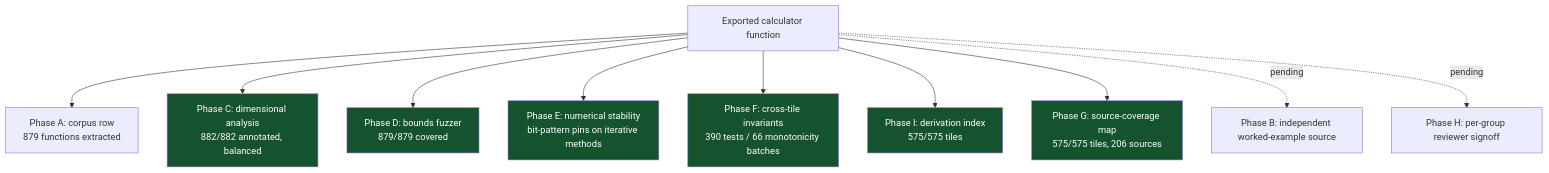
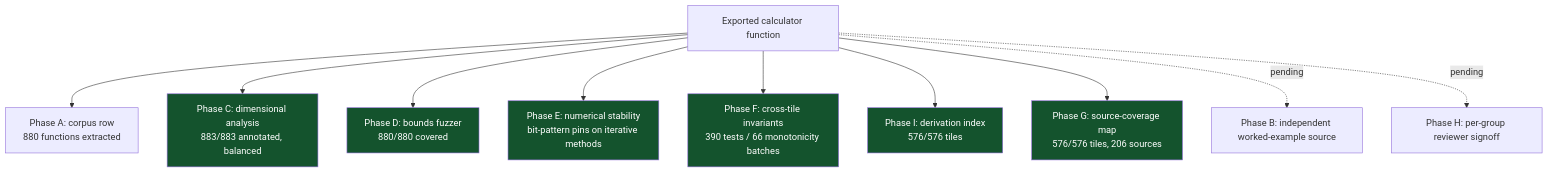
The fourth of 6 diagrams in README.md (clay-good/roughlogic.com), drawn with Mermaid before and after one commit. The commit also changed other lines of this file and 15 other files, not shown here.

````diff
--- a/README.md
+++ b/README.md
@@ -290,18 +292,18 @@
 ```mermaid
 flowchart TB
-    F[Exported calculator function] --> A[Phase A: corpus row\n879 functions extracted]
-    F --> C[Phase C: dimensional analysis\n882/882 annotated, balanced]
-    F --> D[Phase D: bounds fuzzer\n879/879 covered]
+    F[Exported calculator function] --> A[Phase A: corpus row\n880 functions extracted]
+    F --> C[Phase C: dimensional analysis\n883/883 annotated, balanced]
+    F --> D[Phase D: bounds fuzzer\n880/880 covered]
     F --> E[Phase E: numerical stability\nbit-pattern pins on iterative methods]
     F --> Fa[Phase F: cross-tile invariants\n390 tests / 66 monotonicity batches]
-    F --> I[Phase I: derivation index\n575/575 tiles]
-    F --> G[Phase G: source-coverage map\n575/575 tiles, 206 sources]
+    F --> I[Phase I: derivation index\n576/576 tiles]
+    F --> G[Phase G: source-coverage map\n576/576 tiles, 206 sources]
     F -.pending.-> B[Phase B: independent worked-example source]
     F -.pending.-> H[Phase H: per-group reviewer signoff]
     style C fill:#14532d,color:#fff
     style D fill:#14532d,color:#fff
     style E fill:#14532d,color:#fff
     style Fa fill:#14532d,color:#fff
     style G fill:#14532d,color:#fff
     style I fill:#14532d,color:#fff
 ```
````
